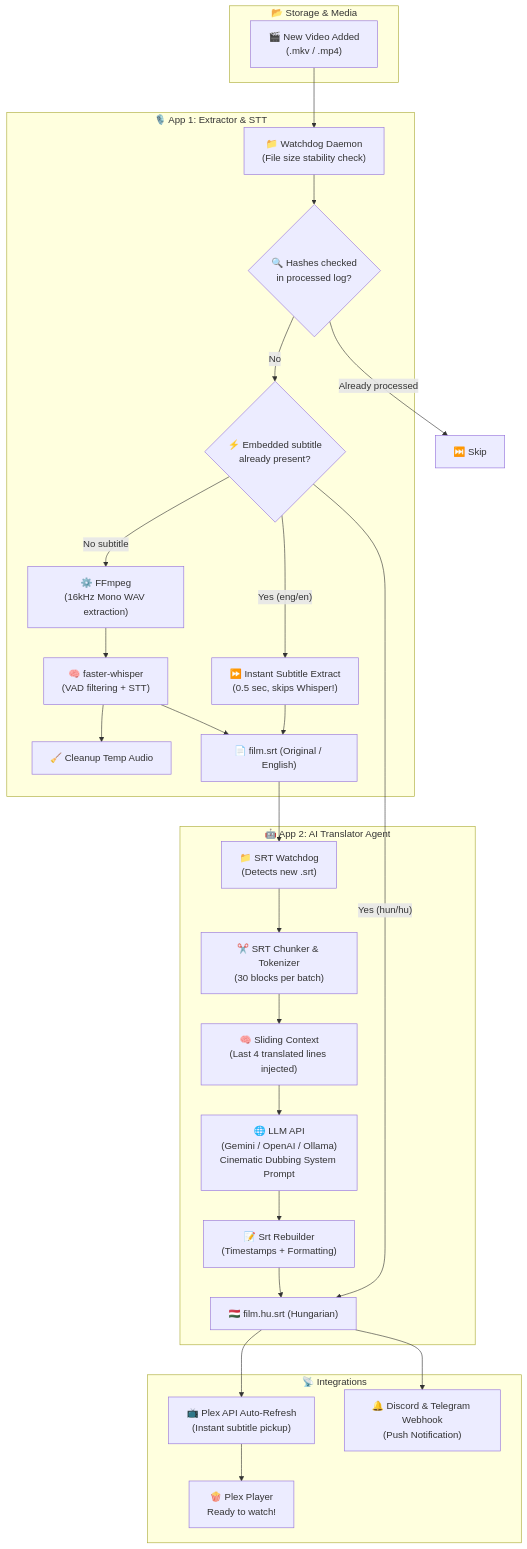
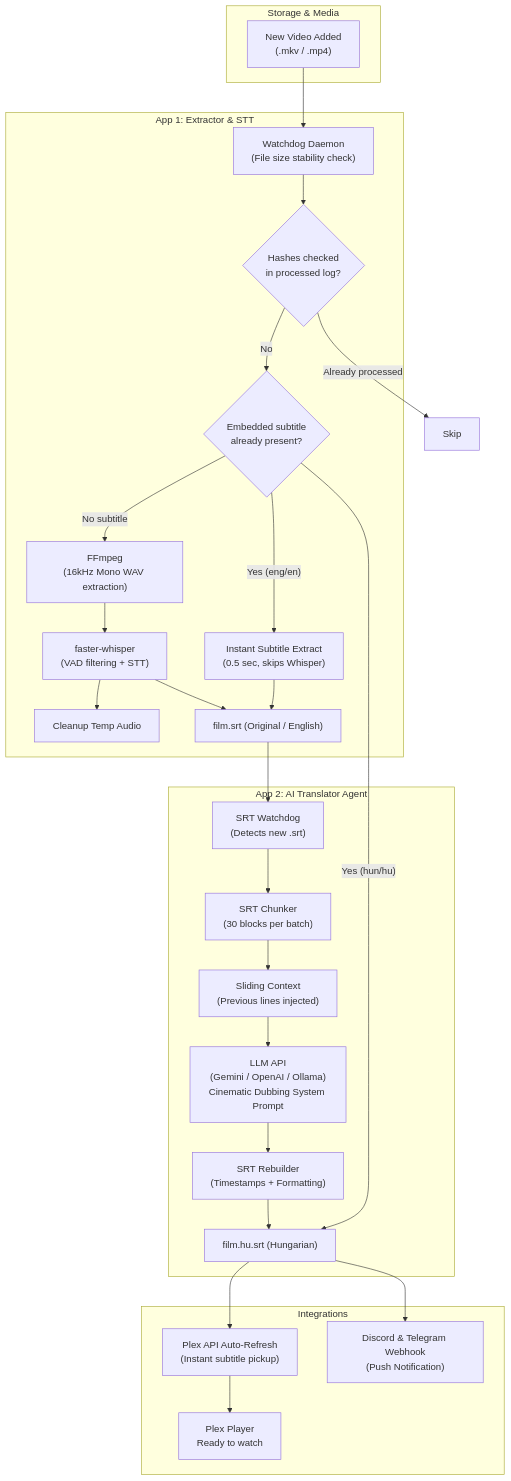
One commit to Gyuri125/plex-ai-subtitler changed the diagram in README.md. Above: the diagram before and after it, drawn with Mermaid. The commit also changed other lines of this file and 13 other files, not shown here.

Commit message:
feat: complete embedded subtitle extraction, sliding context, notifications and clean documentation formatting

````diff
--- a/README.md
+++ b/README.md
@@ -80,53 +80,53 @@
 ```mermaid
 flowchart TD
-    subgraph Storage [" 📂 Storage & Media "]
-        Video["🎬 New Video Added\n(.mkv / .mp4)"]
+    subgraph Storage [" Storage & Media "]
+        Video["New Video Added\n(.mkv / .mp4)"]
     end
 
-    subgraph App1 [" 🎙️ App 1: Extractor & STT "]
-        Watch["📁 Watchdog Daemon\n(File size stability check)"]
-        Dedup{"🔍 Hashes checked\nin processed log?"}
-        Probe{"⚡ Embedded subtitle\nalready present?"}
-        FastSub["⏩ Instant Subtitle Extract\n(0.5 sec, skips Whisper!)"]
-        FFmpeg["⚙️ FFmpeg\n(16kHz Mono WAV extraction)"]
-        Whisper["🧠 faster-whisper\n(VAD filtering + STT)"]
-        Clean["🧹 Cleanup Temp Audio"]
-        SrtEN["📄 film.srt (Original / English)"]
+    subgraph App1 [" App 1: Extractor & STT "]
+        Watch["Watchdog Daemon\n(File size stability check)"]
+        Dedup{"Hashes checked\nin processed log?"}
+        Probe{"Embedded subtitle\nalready present?"}
+        FastSub["Instant Subtitle Extract\n(0.5 sec, skips Whisper)"]
+        FFmpeg["FFmpeg\n(16kHz Mono WAV extraction)"]
+        Whisper["faster-whisper\n(VAD filtering + STT)"]
+        Clean["Cleanup Temp Audio"]
+        SrtEN["film.srt (Original / English)"]
     end
 
-    subgraph App2 [" 🤖 App 2: AI Translator Agent "]
-        WatchSRT["📁 SRT Watchdog\n(Detects new .srt)"]
-        Chunker["✂️ SRT Chunker & Tokenizer\n(30 blocks per batch)"]
-        Context["🧠 Sliding Context\n(Last 4 translated lines injected)"]
-        LLM["🌐 LLM API\n(Gemini / OpenAI / Ollama)\nCinematic Dubbing System Prompt"]
-        Reconstruct["📝 Srt Rebuilder\n(Timestamps + Formatting)"]
-        SrtHU["🇭🇺 film.hu.srt (Hungarian)"]
+    subgraph App2 [" App 2: AI Translator Agent "]
+        WatchSRT["SRT Watchdog\n(Detects new .srt)"]
+        Chunker["SRT Chunker\n(30 blocks per batch)"]
+        Context["Sliding Context\n(Previous lines injected)"]
+        LLM["LLM API\n(Gemini / OpenAI / Ollama)\nCinematic Dubbing System Prompt"]
+        Reconstruct["SRT Rebuilder\n(Timestamps + Formatting)"]
+        SrtHU["film.hu.srt (Hungarian)"]
     end
 
-    subgraph Integrations [" 📡 Integrations "]
-        PlexRefresh["📺 Plex API Auto-Refresh\n(Instant subtitle pickup)"]
-        Notif["🔔 Discord & Telegram Webhook\n(Push Notification)"]
-        Plex["🍿 Plex Player\nReady to watch!"]
+    subgraph Integrations [" Integrations "]
+        PlexRefresh["Plex API Auto-Refresh\n(Instant subtitle pickup)"]
+        Notif["Discord & Telegram Webhook\n(Push Notification)"]
+        Plex["Plex Player\nReady to watch"]
     end
 
     Video --> Watch
     Watch --> Dedup
     Dedup -- No --> Probe
-    Dedup -- Already processed --> Skip["⏭️ Skip"]
+    Dedup -- Already processed --> Skip["Skip"]
     Probe -- "Yes (eng/en)" --> FastSub
     Probe -- "Yes (hun/hu)" --> SrtHU
     FastSub --> SrtEN
     Probe -- "No subtitle" --> FFmpeg
     FFmpeg --> Whisper
     Whisper --> Clean
     Whisper --> SrtEN
     SrtEN --> WatchSRT
     WatchSRT --> Chunker
     Chunker --> Context
     Context --> LLM
     LLM --> Reconstruct
     Reconstruct --> SrtHU
     SrtHU --> PlexRefresh
     SrtHU --> Notif
     PlexRefresh --> Plex
 ```
````
